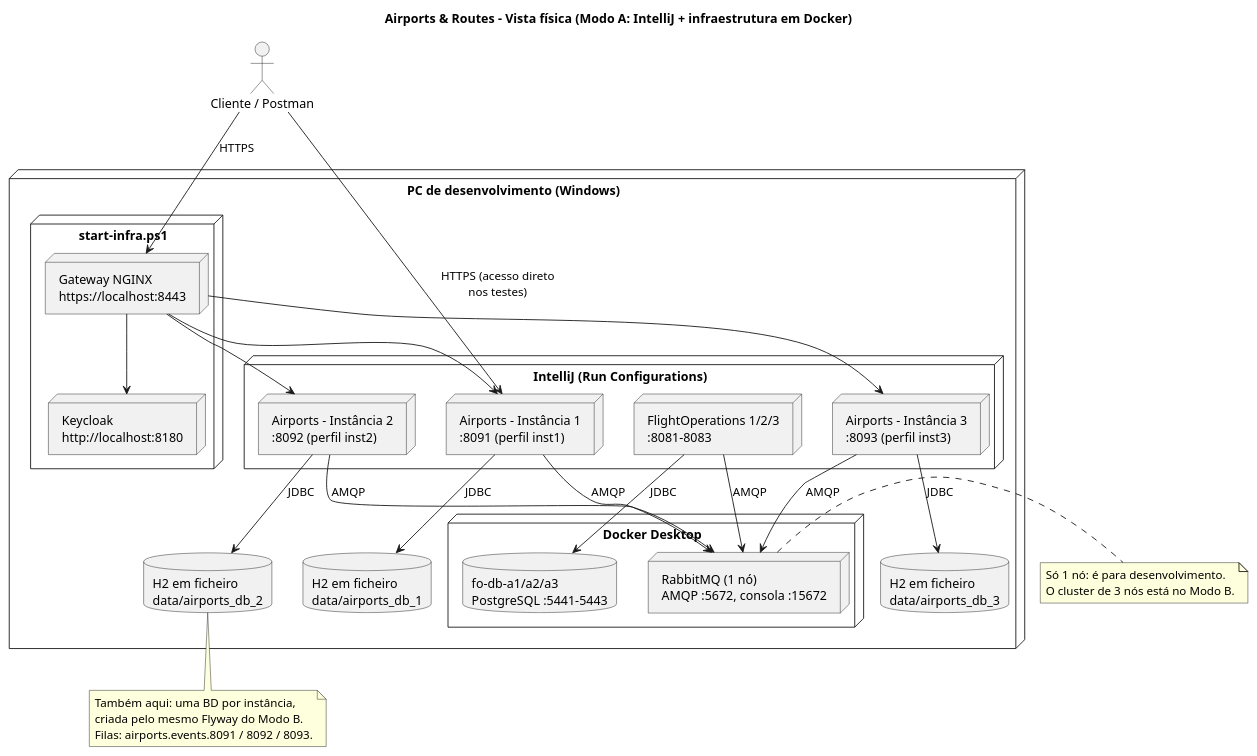
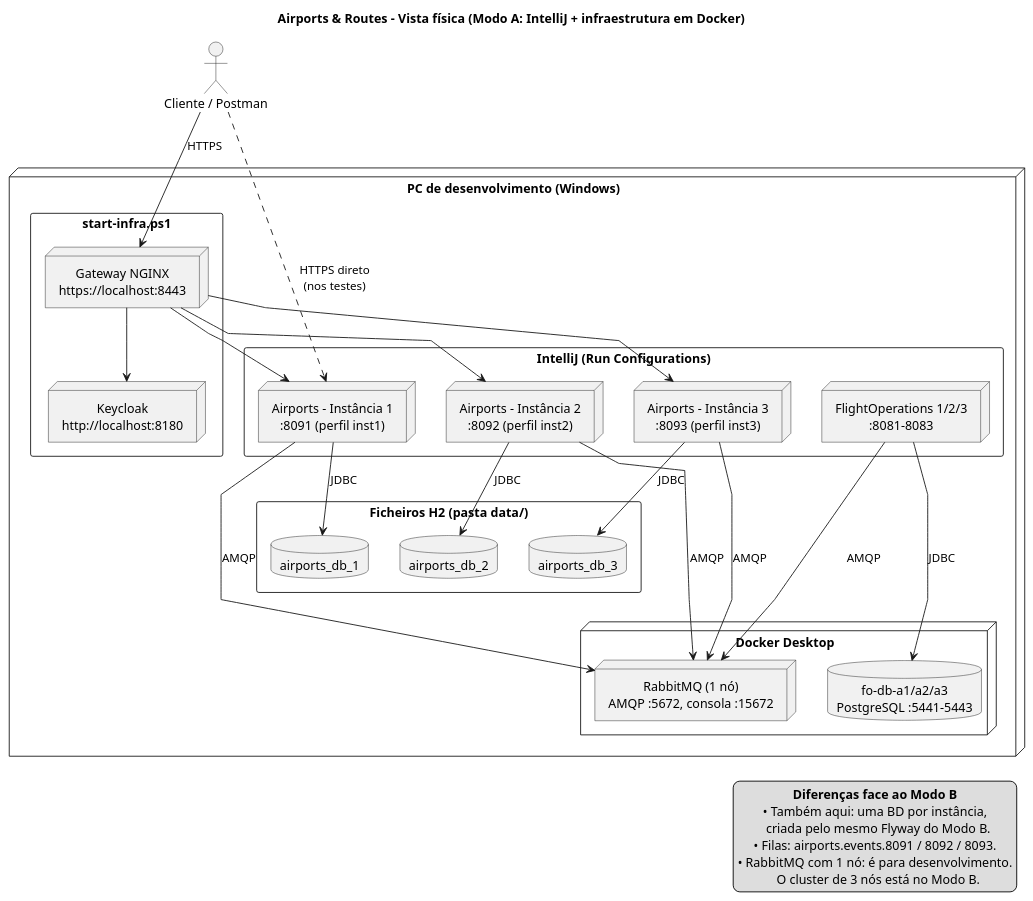
One commit to anamartasilvaa/SIDIG_AI_Safe changed the diagram in Services/Airport e Routes/airports-routes-service/docs/E2/physical-view-airports-routes-mode-a.puml. Above: the diagram before and after it, drawn with PlantUML. The commit also changed 16 other files, not shown here.

```diff
--- a/Services/Airport e Routes/airports-routes-service/docs/E2/physical-view-airports-routes-mode-a.puml
+++ b/Services/Airport e Routes/airports-routes-service/docs/E2/physical-view-airports-routes-mode-a.puml
@@ -1,50 +1,57 @@
 @startuml physical-view-airports-routes-mode-a
 skinparam shadowing false
+skinparam linetype polyline
+skinparam nodesep 35
+skinparam ranksep 55
+skinparam defaultTextAlignment center
 title Airports & Routes - Vista física (Modo A: IntelliJ + infraestrutura em Docker)
 
+actor "Cliente / Postman" as C
+
 node "PC de desenvolvimento (Windows)" {
-  node "start-infra.ps1" {
+  rectangle "start-infra.ps1" {
     node "Gateway NGINX\nhttps://localhost:8443" as GW
     node "Keycloak\nhttp://localhost:8180" as KC
   }
-  node "IntelliJ (Run Configurations)" {
+  rectangle "IntelliJ (Run Configurations)" {
     node "Airports - Instância 1\n:8091 (perfil inst1)" as AR1
     node "Airports - Instância 2\n:8092 (perfil inst2)" as AR2
     node "Airports - Instância 3\n:8093 (perfil inst3)" as AR3
     node "FlightOperations 1/2/3\n:8081-8083" as FO
   }
-  database "H2 em ficheiro\ndata/airports_db_1" as H1
-  database "H2 em ficheiro\ndata/airports_db_2" as H2
-  database "H2 em ficheiro\ndata/airports_db_3" as H3
+  rectangle "Ficheiros H2 (pasta data/)" {
+    database "airports_db_1" as H1
+    database "airports_db_2" as H2
+    database "airports_db_3" as H3
+  }
   node "Docker Desktop" {
     node "RabbitMQ (1 nó)\nAMQP :5672, consola :15672" as MQ
     database "fo-db-a1/a2/a3\nPostgreSQL :5441-5443" as FODB
   }
 }
 
-actor "Cliente / Postman" as C
 C --> GW : HTTPS
-C --> AR1 : HTTPS (acesso direto\nnos testes)
+C ..> AR1 : HTTPS direto\n(nos testes)
+GW --> KC
 GW --> AR1
 GW --> AR2
 GW --> AR3
-GW --> KC
 AR1 --> H1 : JDBC
 AR2 --> H2 : JDBC
 AR3 --> H3 : JDBC
+H1 -[hidden]-> MQ
 AR1 --> MQ : AMQP
 AR2 --> MQ : AMQP
 AR3 --> MQ : AMQP
 FO --> MQ : AMQP
 FO --> FODB : JDBC
 
-note bottom of H2
-  Também aqui: uma BD por instância,
-  criada pelo mesmo Flyway do Modo B.
-  Filas: airports.events.8091 / 8092 / 8093.
-end note
-note right of MQ
-  Só 1 nó: é para desenvolvimento.
-  O cluster de 3 nós está no Modo B.
-end note
+legend right
+  <b>Diferenças face ao Modo B</b>
+  • Também aqui: uma BD por instância,
+    criada pelo mesmo Flyway do Modo B.
+  • Filas: airports.events.8091 / 8092 / 8093.
+  • RabbitMQ com 1 nó: é para desenvolvimento.
+    O cluster de 3 nós está no Modo B.
+endlegend
 @enduml
```
